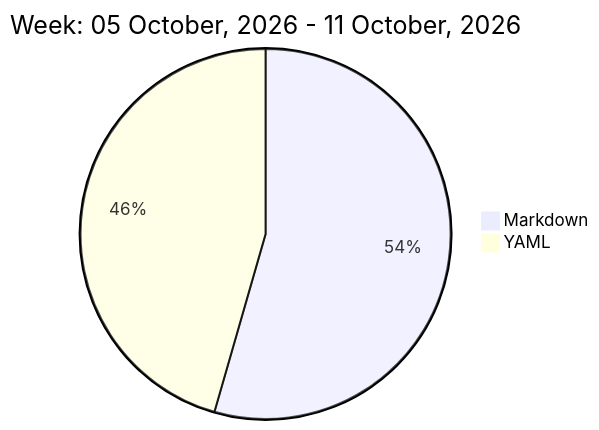
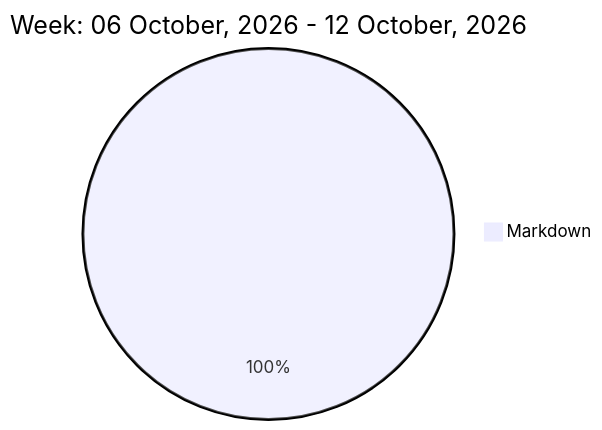
The diagram in README.md (liubin95/liubin95), drawn with Mermaid before and after one commit.

Commit message:
Updated the Graph with new Metrics

````diff
--- a/README.md
+++ b/README.md
@@ -32,6 +32,5 @@
 ```mermaid
  pie
-title Week: 05 October, 2026 - 11 October, 2026
- "Markdown" : 1.65
- "YAML" : 1.38
+title Week: 06 October, 2026 - 12 October, 2026
+ "Markdown" : 2.27
 ```
````
